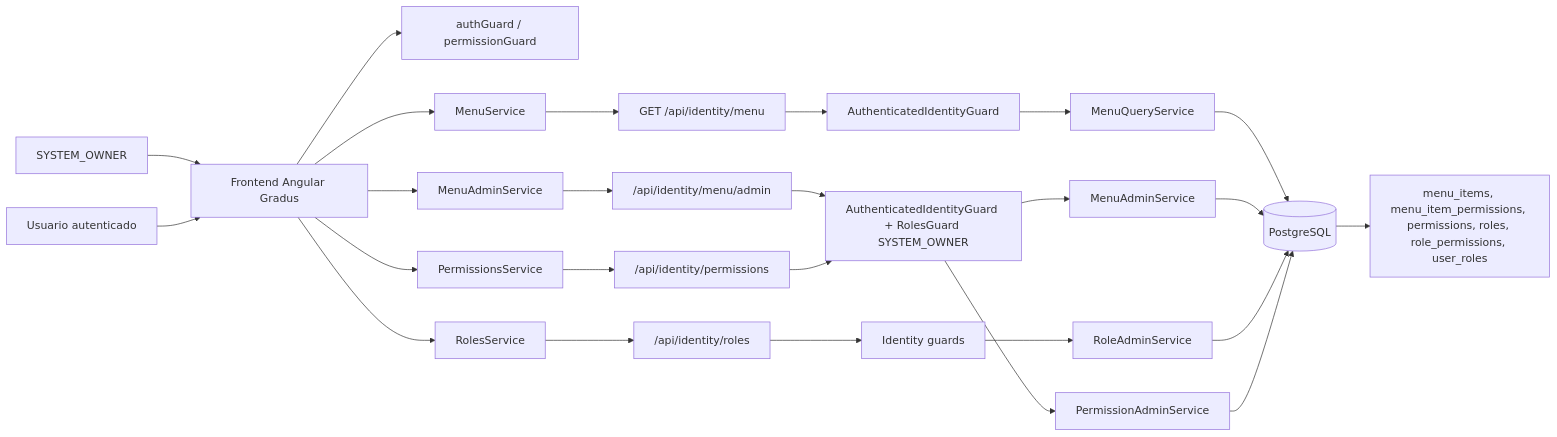
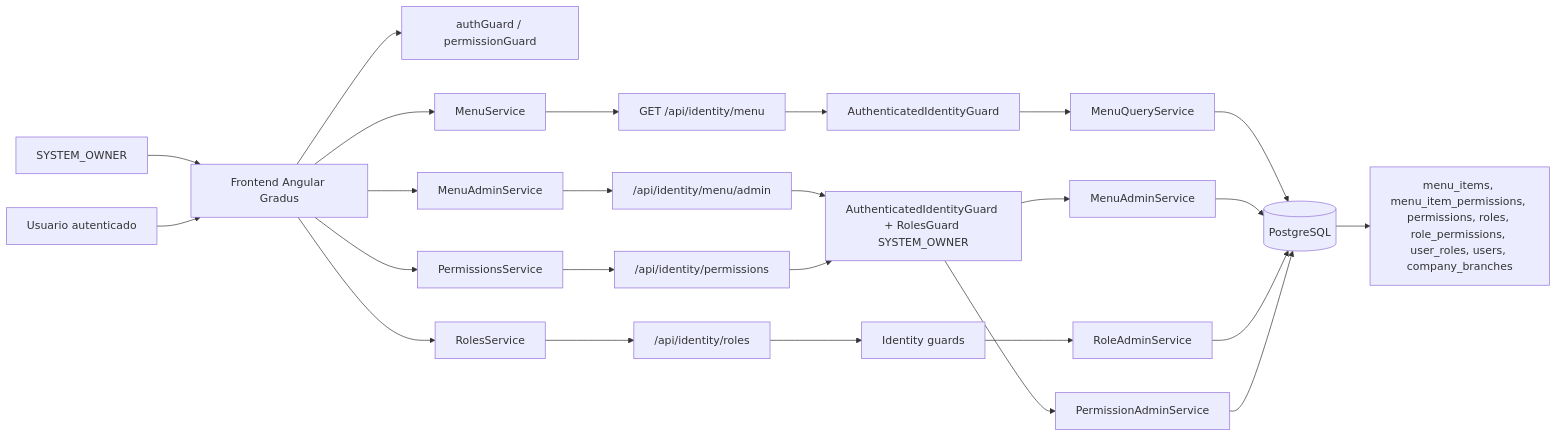
Before and after one commit to apaul6dev/obralink-backend: the first of 4 diagrams in MENU_CONFIGURATION.md, drawn with Mermaid. The commit also changed other lines of this file and 2 other files, not shown here.

````diff
--- a/MENU_CONFIGURATION.md
+++ b/MENU_CONFIGURATION.md
@@ -33,33 +44,33 @@
 ```mermaid
 flowchart LR
   Owner["SYSTEM_OWNER"] --> Frontend["Frontend Angular Gradus"]
   User["Usuario autenticado"] --> Frontend
 
   Frontend --> AuthGuard["authGuard / permissionGuard"]
   Frontend --> MenuService["MenuService"]
   Frontend --> MenuAdminService["MenuAdminService"]
   Frontend --> RolesService["RolesService"]
   Frontend --> PermissionsService["PermissionsService"]
 
   MenuService --> MenuApi["GET /api/identity/menu"]
   MenuAdminService --> MenuAdminApi["/api/identity/menu/admin"]
   RolesService --> RolesApi["/api/identity/roles"]
   PermissionsService --> PermissionsApi["/api/identity/permissions"]
 
   MenuApi --> AuthenticatedGuard["AuthenticatedIdentityGuard"]
   MenuAdminApi --> OwnerGuard["AuthenticatedIdentityGuard + RolesGuard SYSTEM_OWNER"]
   RolesApi --> IdentityGuards["Identity guards"]
   PermissionsApi --> OwnerGuard
 
   AuthenticatedGuard --> MenuQueryService["MenuQueryService"]
   OwnerGuard --> MenuAdminServiceBackend["MenuAdminService"]
   IdentityGuards --> RoleAdminService["RoleAdminService"]
   OwnerGuard --> PermissionAdminService["PermissionAdminService"]
 
   MenuQueryService --> DB[(PostgreSQL)]
   MenuAdminServiceBackend --> DB
   RoleAdminService --> DB
   PermissionAdminService --> DB
 
-  DB --> Tables["menu_items, menu_item_permissions, permissions, roles, role_permissions, user_roles"]
+  DB --> Tables["menu_items, menu_item_permissions, permissions, roles, role_permissions, user_roles, users, company_branches"]
 ```
````
